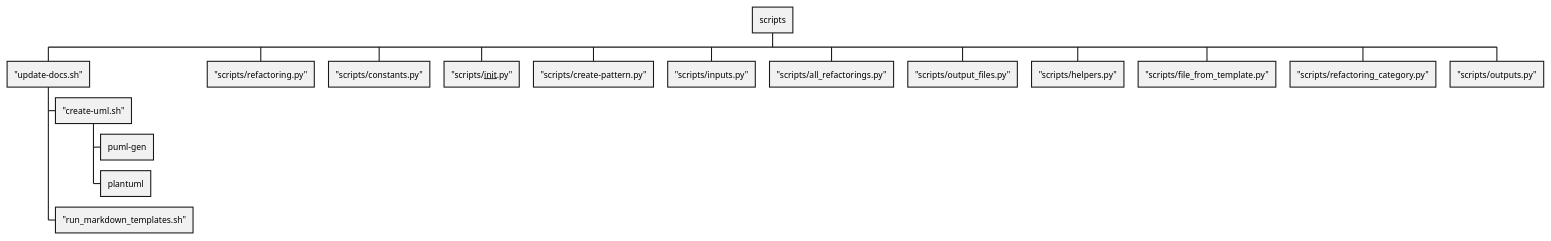
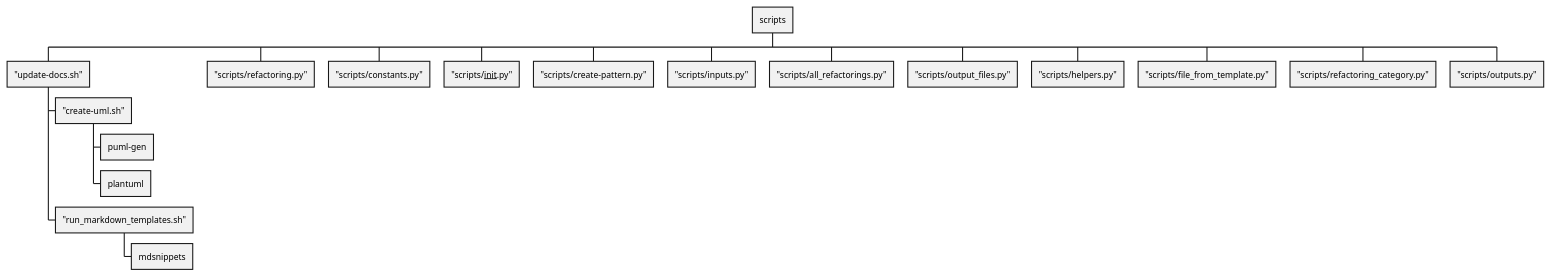
One commit to claremacrae/RefactoringSamples changed the diagram in uml/Scripts/Scripts.puml. Above: the diagram before and after it, drawn with PlantUML.

Commit message:
Document what "run_markdown_templates.sh" calls

```diff
--- a/uml/Scripts/Scripts.puml
+++ b/uml/Scripts/Scripts.puml
@@ -1,21 +1,22 @@
 @startwbs
 
 * scripts
 ** "update-docs.sh"
 *** "create-uml.sh"
 **** puml-gen
 **** plantuml
 *** "run_markdown_templates.sh"
+**** mdsnippets
 ** "scripts/refactoring.py"
 ** "scripts/constants.py"
 ** "scripts/__init__.py"
 ** "scripts/create-pattern.py"
 ** "scripts/inputs.py"
 ** "scripts/all_refactorings.py"
 ** "scripts/output_files.py"
 ** "scripts/helpers.py"
 ** "scripts/file_from_template.py"
 ** "scripts/refactoring_category.py"
 ** "scripts/outputs.py"
 
 @endwbs
```
